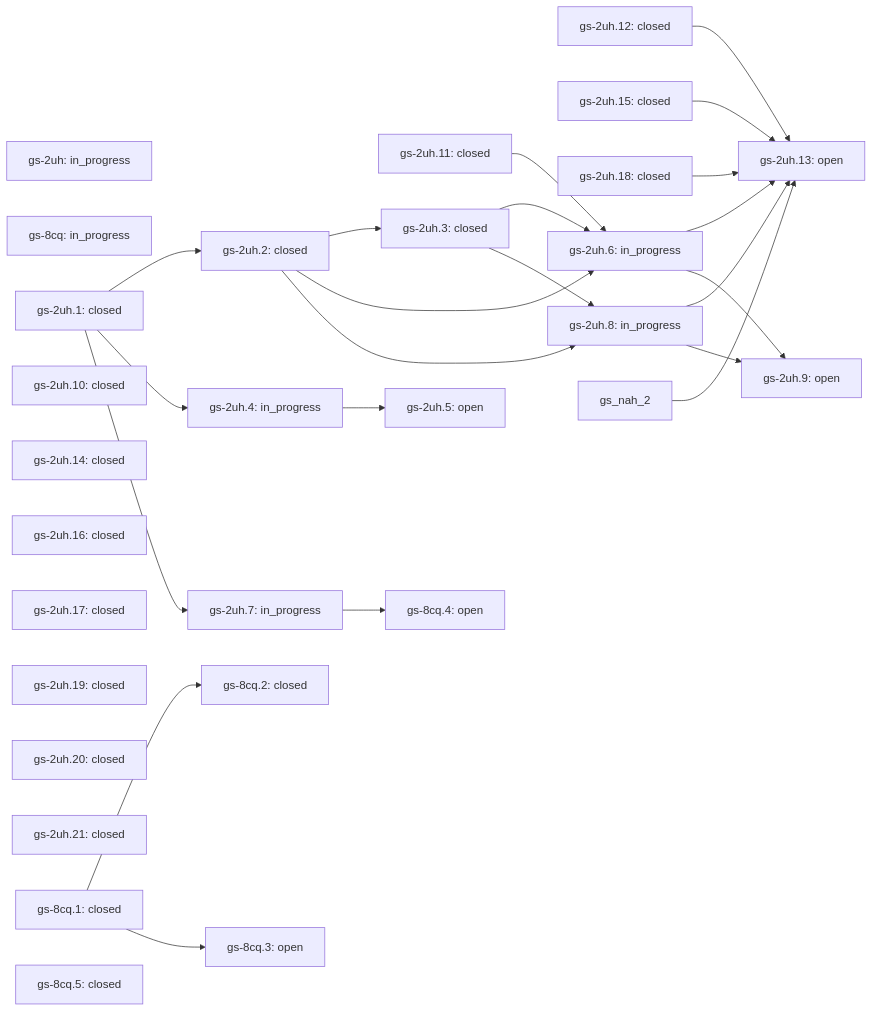
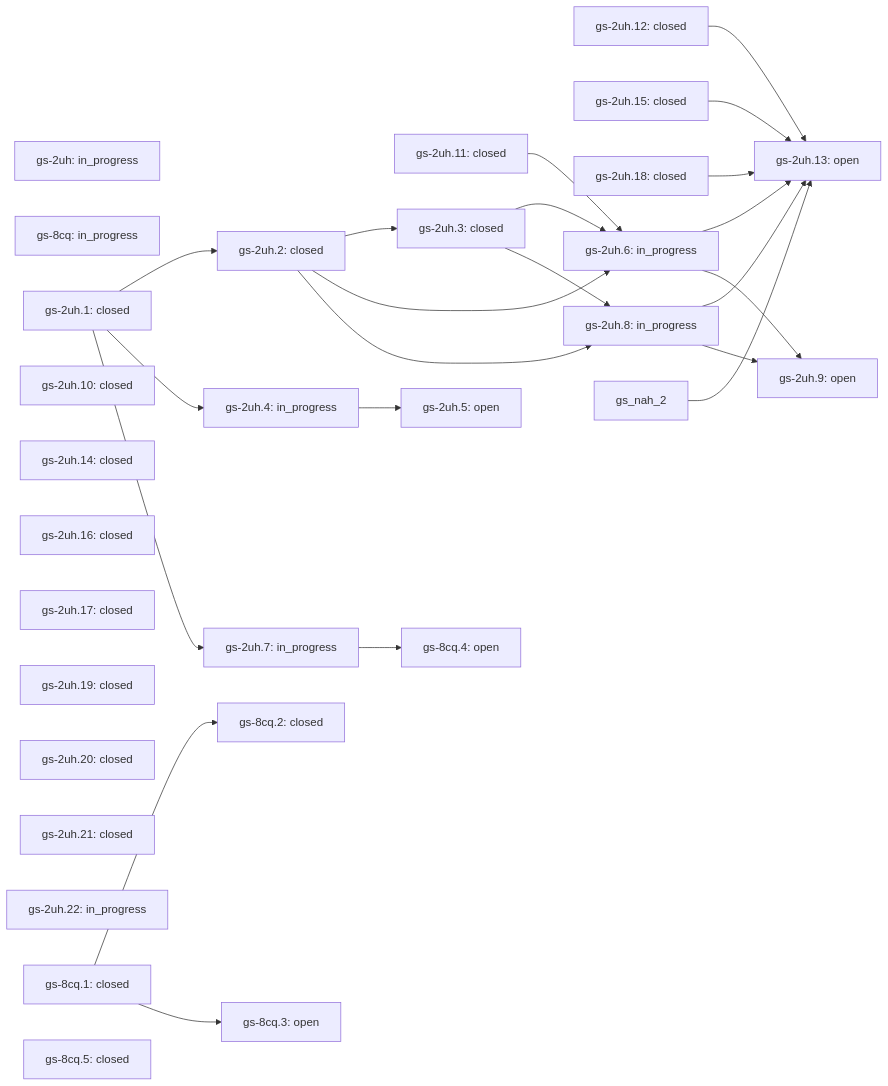
Before and after one commit to lifeofgurpreet/G-Skills: the diagram in docs/skills/vps-health/ROADMAP.md, drawn with Mermaid. The commit also changed other lines of this file and 9 other files, not shown here.

````diff
--- a/docs/skills/vps-health/ROADMAP.md
+++ b/docs/skills/vps-health/ROADMAP.md
@@ -40,52 +41,53 @@
 ```mermaid
 flowchart LR
   gs_2uh["gs-2uh: in_progress"]
   gs_8cq["gs-8cq: in_progress"]
   gs_2uh_1["gs-2uh.1: closed"]
   gs_2uh_10["gs-2uh.10: closed"]
   gs_2uh_11["gs-2uh.11: closed"]
   gs_2uh_12["gs-2uh.12: closed"]
   gs_2uh_13["gs-2uh.13: open"]
   gs_2uh_12 --> gs_2uh_13
   gs_2uh_15 --> gs_2uh_13
   gs_2uh_18 --> gs_2uh_13
   gs_2uh_6 --> gs_2uh_13
   gs_2uh_8 --> gs_2uh_13
   gs_nah_2 --> gs_2uh_13
   gs_2uh_14["gs-2uh.14: closed"]
   gs_2uh_15["gs-2uh.15: closed"]
   gs_2uh_16["gs-2uh.16: closed"]
   gs_2uh_17["gs-2uh.17: closed"]
   gs_2uh_18["gs-2uh.18: closed"]
   gs_2uh_19["gs-2uh.19: closed"]
   gs_2uh_2["gs-2uh.2: closed"]
   gs_2uh_1 --> gs_2uh_2
   gs_2uh_20["gs-2uh.20: closed"]
   gs_2uh_21["gs-2uh.21: closed"]
+  gs_2uh_22["gs-2uh.22: in_progress"]
   gs_2uh_3["gs-2uh.3: closed"]
   gs_2uh_2 --> gs_2uh_3
   gs_2uh_4["gs-2uh.4: in_progress"]
   gs_2uh_1 --> gs_2uh_4
   gs_2uh_5["gs-2uh.5: open"]
   gs_2uh_4 --> gs_2uh_5
   gs_2uh_6["gs-2uh.6: in_progress"]
   gs_2uh_11 --> gs_2uh_6
   gs_2uh_2 --> gs_2uh_6
   gs_2uh_3 --> gs_2uh_6
   gs_2uh_8["gs-2uh.8: in_progress"]
   gs_2uh_2 --> gs_2uh_8
   gs_2uh_3 --> gs_2uh_8
   gs_8cq_1["gs-8cq.1: closed"]
   gs_8cq_2["gs-8cq.2: closed"]
   gs_8cq_1 --> gs_8cq_2
   gs_2uh_7["gs-2uh.7: in_progress"]
   gs_2uh_1 --> gs_2uh_7
   gs_2uh_9["gs-2uh.9: open"]
   gs_2uh_6 --> gs_2uh_9
   gs_2uh_8 --> gs_2uh_9
   gs_8cq_3["gs-8cq.3: open"]
   gs_8cq_1 --> gs_8cq_3
   gs_8cq_4["gs-8cq.4: open"]
   gs_2uh_7 --> gs_8cq_4
   gs_8cq_5["gs-8cq.5: closed"]
 ```
````
